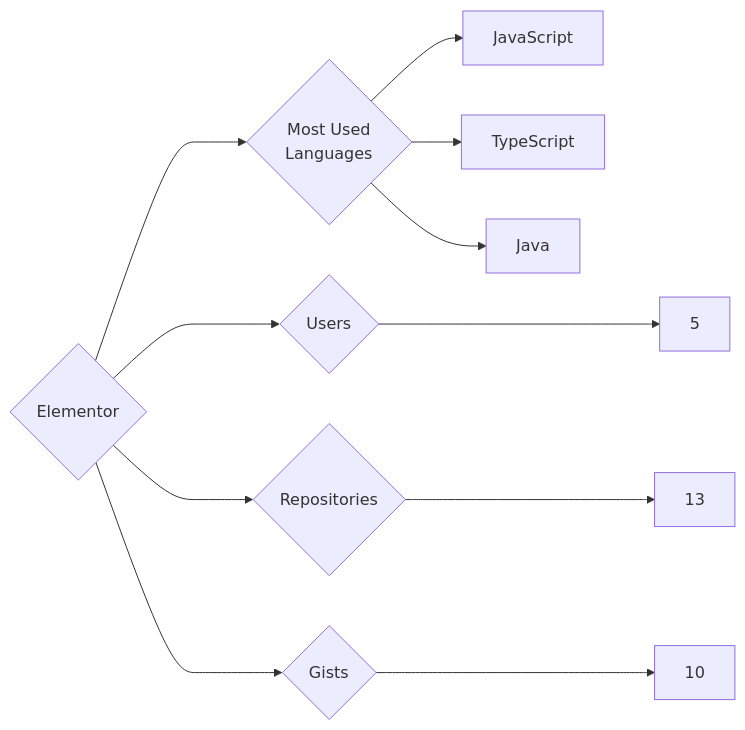
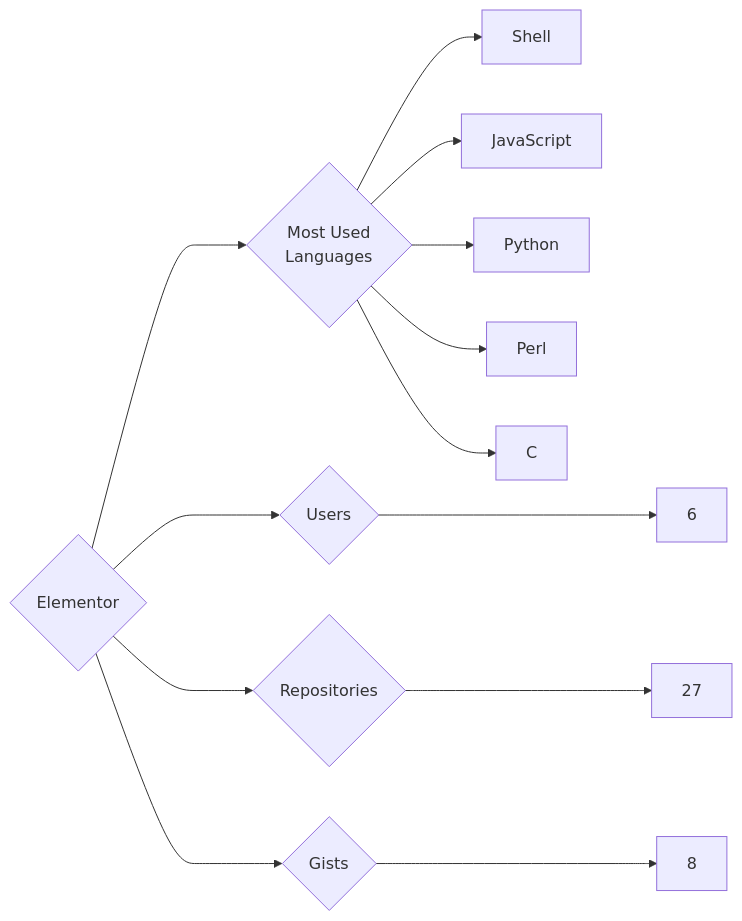
One commit to trickest/insiders changed the diagram in targets/Elementor/README.md. Above: the diagram before and after it, drawn with Mermaid. The commit also changed 1166 other files, not shown here.

````diff
--- a/targets/Elementor/README.md
+++ b/targets/Elementor/README.md
@@ -3,11 +3,13 @@
 ```mermaid
 graph LR
 COMPANY_NAME{Elementor}
-COMPANY_NAME ---> U{Users} ---> UN[5]
-COMPANY_NAME ---> R{Repositories} ---> RN[13]
-COMPANY_NAME ---> G{Gists} ---> GN[10]
+COMPANY_NAME ---> U{Users} ---> UN[6]
+COMPANY_NAME ---> R{Repositories} ---> RN[27]
+COMPANY_NAME ---> G{Gists} ---> GN[8]
 COMPANY_NAME ---> ML{Most Used<br>Languages}
+ML --> Shell[Shell]
 ML --> JavaScript[JavaScript]
-ML --> TypeScript[TypeScript]
-ML --> Java[Java]
+ML --> Python[Python]
+ML --> Perl[Perl]
+ML --> C[C]
 ```
````
